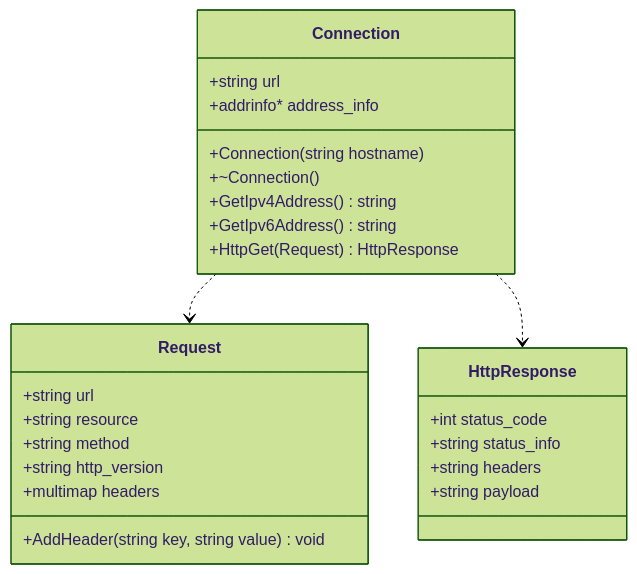
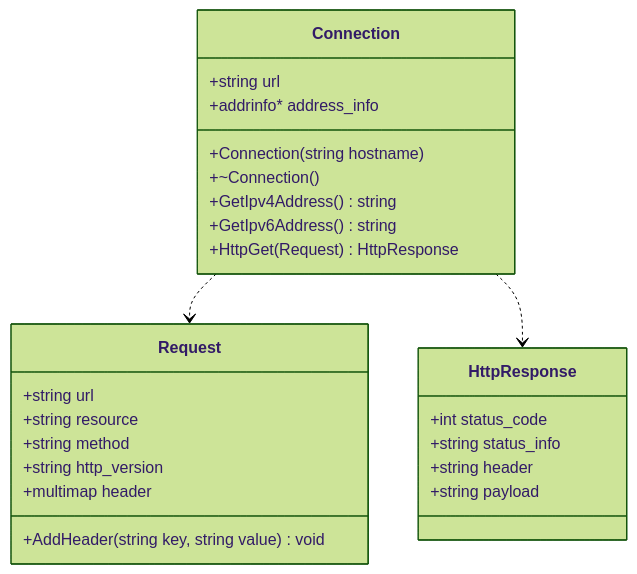
One commit to hugoppp-uni/Rechnernetze changed the first of 2 diagrams in aufg2/README.md. Above: the diagram before and after it, drawn with Mermaid (forest theme). The commit also changed 2 other files, not shown here.

Commit message:
Rename headers to header

````diff
--- a/aufg2/README.md
+++ b/aufg2/README.md
@@ -17,28 +17,28 @@
 ```mermaid
 classDiagram
     class Connection{
         +string url
         +addrinfo* address_info
         +Connection(string hostname)
         +~Connection()
         +GetIpv4Address() string
         +GetIpv6Address() string
         +HttpGet(Request) HttpResponse
     }
     class Request{
         +string url
         +string resource
         +string method
         +string http_version
-        +multimap<string,string> headers
+        +multimap<string,string> header
         +AddHeader(string key, string value) void
     }
     class HttpResponse{
         +int status_code
         +string status_info
-        +string headers
+        +string header
         +string payload
     }
     Connection ..> Request
     Connection ..> HttpResponse
 ```
````
